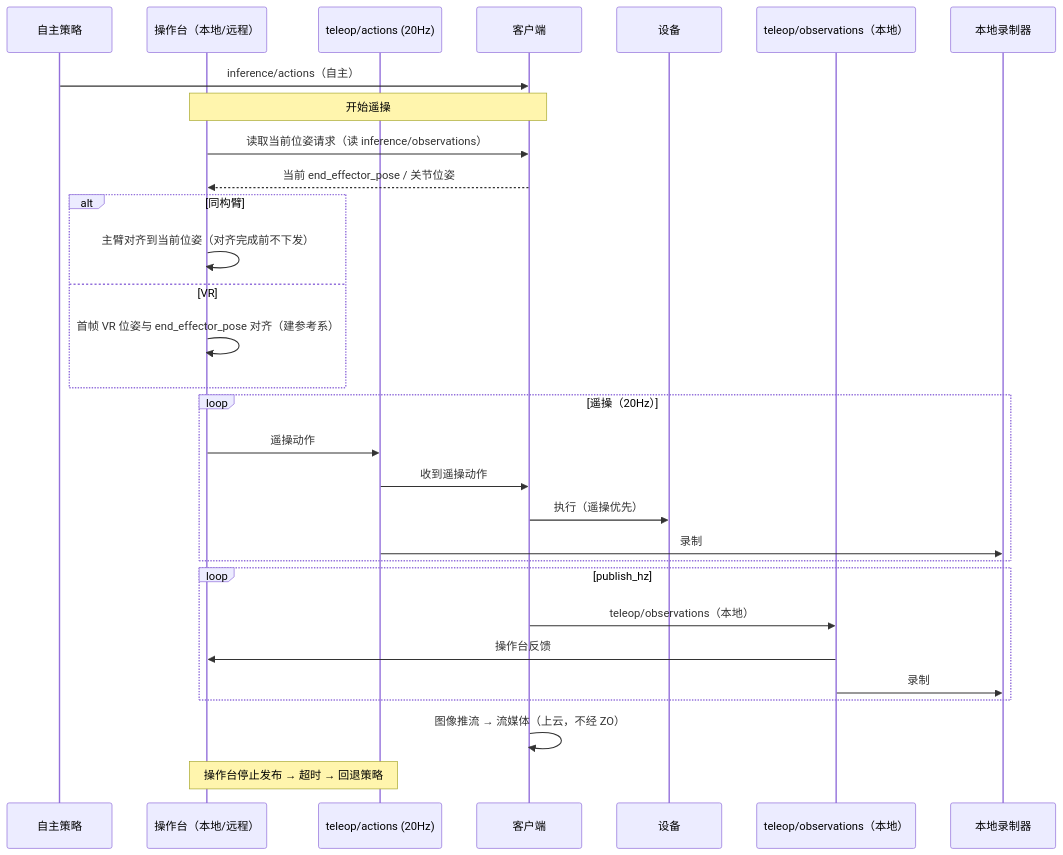
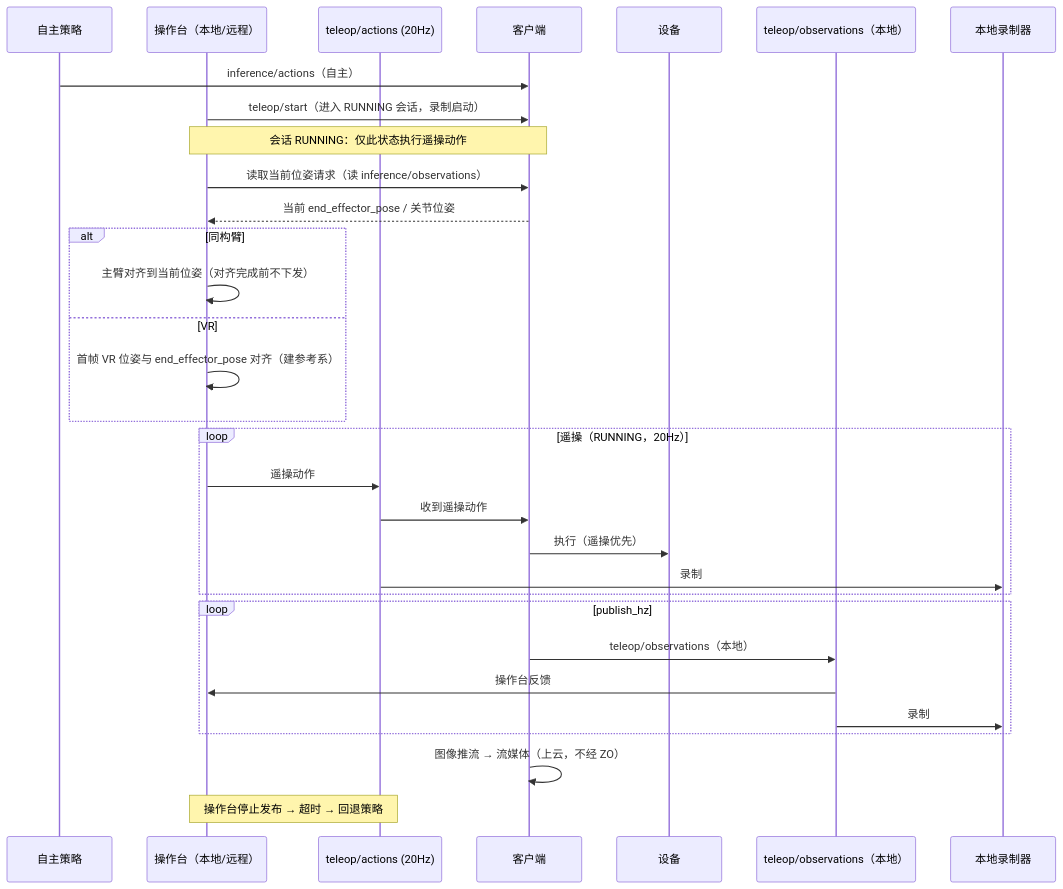
The diagram in docs/design/r2c-teleop-data-collection-design.md (vincentguiling/cloudrobo-sdk-client), drawn with Mermaid before and after one commit. The commit also changed other lines of this file, not shown here.

````diff
--- a/docs/design/r2c-teleop-data-collection-design.md
+++ b/docs/design/r2c-teleop-data-collection-design.md
@@ -140,33 +141,34 @@
 ```mermaid
 sequenceDiagram
     participant P as 自主策略
     participant O as 操作台（本地/远程）
     participant ZA as teleop/actions (20Hz)
     participant C as 客户端
     participant F as 设备
     participant ZO as teleop/observations（本地）
     participant R as 本地录制器
 
     P->>C: inference/actions（自主）
-    Note over O,C: 开始遥操
+    O->>C: teleop/start（进入 RUNNING 会话，录制启动）
+    Note over O,C: 会话 RUNNING：仅此状态执行遥操动作
     O->>C: 读取当前位姿请求（读 inference/observations）
     C-->>O: 当前 end_effector_pose / 关节位姿
     alt 同构臂
         O->>O: 主臂对齐到当前位姿（对齐完成前不下发）
     else VR
         O->>O: 首帧 VR 位姿与 end_effector_pose 对齐（建参考系）
     end
-    loop 遥操（20Hz）
+    loop 遥操（RUNNING，20Hz）
         O->>ZA: 遥操动作
         ZA->>C: 收到遥操动作
         C->>F: 执行（遥操优先）
         ZA->>R: 录制
     end
     loop publish_hz
         C->>ZO: teleop/observations（本地）
         ZO->>O: 操作台反馈
         ZO->>R: 录制
     end
     C->>C: 图像推流 → 流媒体（上云，不经 ZO）
     Note over O,ZA: 操作台停止发布 → 超时 → 回退策略
 ```
````
